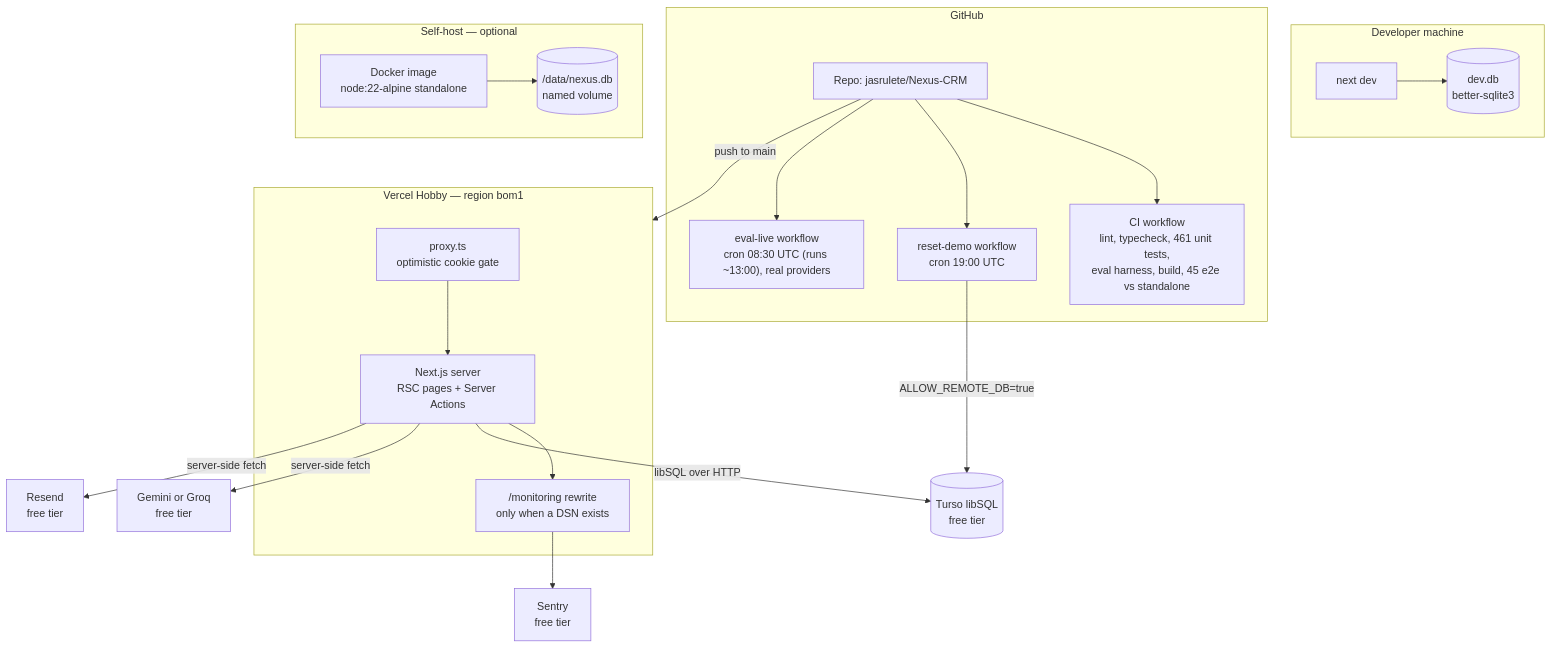
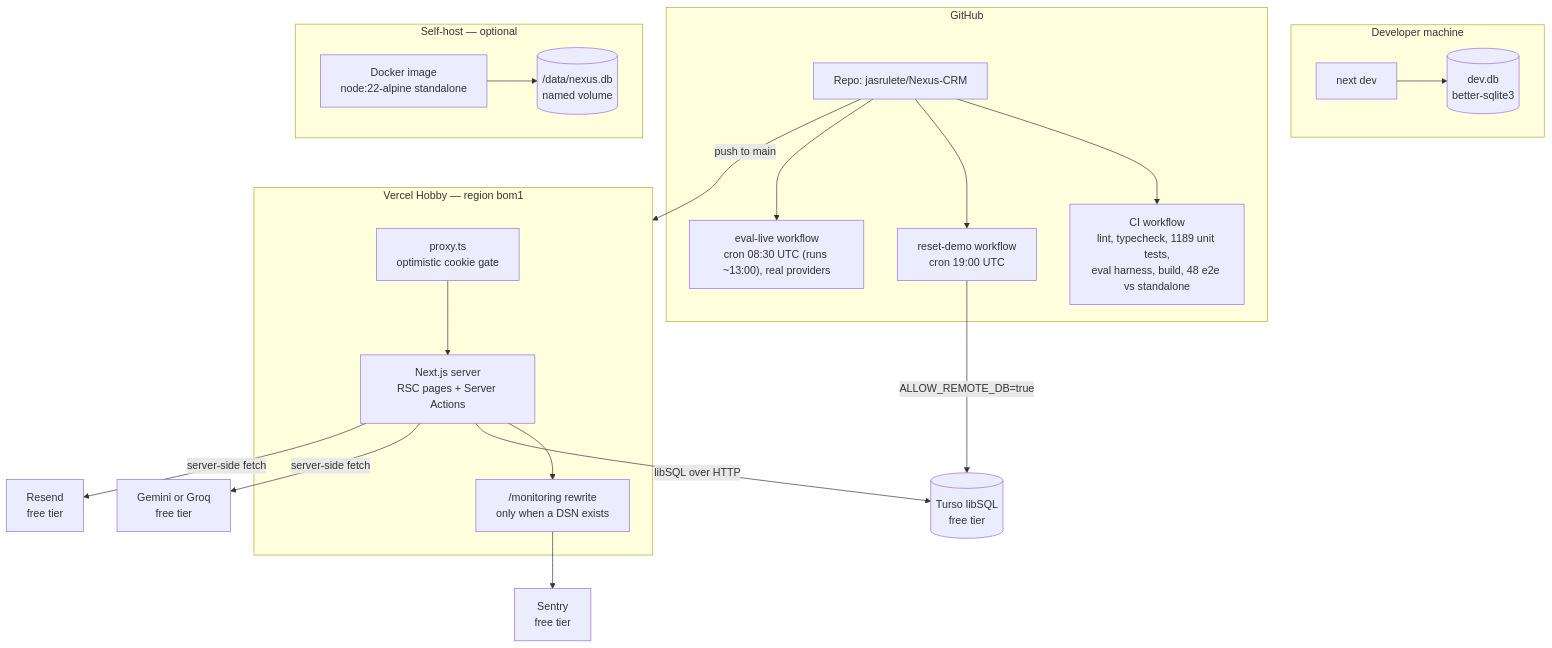
The first of 2 diagrams in docs/TECHNICAL-DESIGN.md (jasrulete/Nexus-CRM), drawn with Mermaid before and after one commit. The commit also changed other lines of this file and 10 other files, not shown here.

````diff
--- a/docs/TECHNICAL-DESIGN.md
+++ b/docs/TECHNICAL-DESIGN.md
@@ -82,44 +83,44 @@
 ```mermaid
 flowchart TB
     subgraph dev["Developer machine"]
         NEXTDEV["next dev"]
         FILE[("dev.db<br/>better-sqlite3")]
         NEXTDEV --> FILE
     end
 
     subgraph gh["GitHub"]
         REPO["Repo: jasrulete/Nexus-CRM"]
-        CI["CI workflow<br/>lint, typecheck, 461 unit tests,<br/>eval harness, build, 45 e2e vs standalone"]
+        CI["CI workflow<br/>lint, typecheck, 1189 unit tests,<br/>eval harness, build, 48 e2e vs standalone"]
         RESET["reset-demo workflow<br/>cron 19:00 UTC"]
         EVAL["eval-live workflow<br/>cron 08:30 UTC (runs ~13:00), real providers"]
         REPO --> CI
         REPO --> RESET
         REPO --> EVAL
     end
 
     subgraph vercel["Vercel Hobby — region bom1"]
         PROXY["proxy.ts<br/>optimistic cookie gate"]
         APP["Next.js server<br/>RSC pages + Server Actions"]
         TUNNEL["/monitoring rewrite<br/>only when a DSN exists"]
         PROXY --> APP
         APP --> TUNNEL
     end
 
     subgraph selfhost["Self-host — optional"]
         DOCKER["Docker image<br/>node:22-alpine standalone"]
         VOL[("/data/nexus.db<br/>named volume")]
         DOCKER --> VOL
     end
 
     TURSO[("Turso libSQL<br/>free tier")]
     AI["Gemini or Groq<br/>free tier"]
     RESEND["Resend<br/>free tier"]
     SENTRY["Sentry<br/>free tier"]
 
     REPO -- "push to main" --> vercel
     APP -- "libSQL over HTTP" --> TURSO
     RESET -- "ALLOW_REMOTE_DB=true" --> TURSO
     APP -- "server-side fetch" --> AI
     APP -- "server-side fetch" --> RESEND
     TUNNEL --> SENTRY
 ```
````
